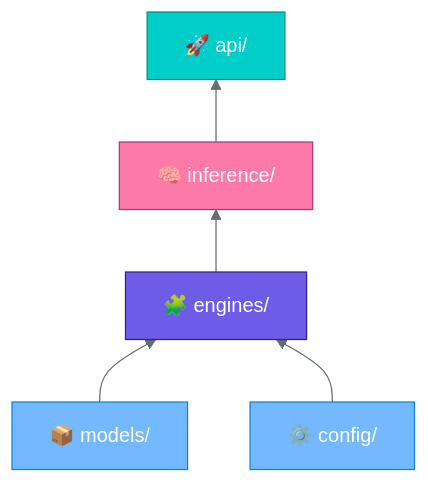
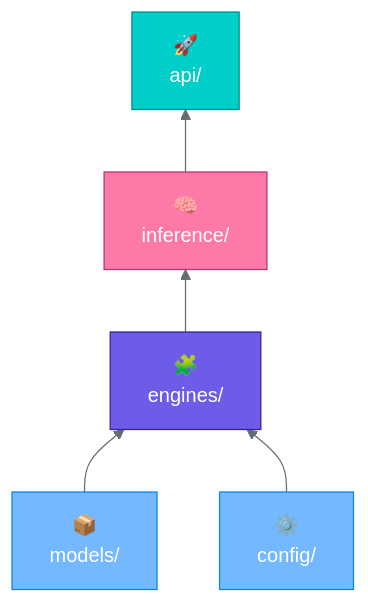
One commit to couder-04/NeuralAuth changed the tenth of 15 diagrams in README.md. Above: the diagram before and after it, drawn with Mermaid. The commit also changed other lines of this file, not shown here.

````diff
--- a/README.md
+++ b/README.md
@@ -477,20 +477,20 @@
 ```mermaid
 %%{init: {'theme':'base', 'themeVariables': {'primaryColor':'#00b894','primaryTextColor':'#fff','primaryBorderColor':'#00694c','lineColor':'#636e72'}}}%%
 flowchart BT
-    Models["📦 models/"]
-    Config["⚙️ config/"]
-    Engines["🧩 engines/"]
-    Inference["🧠 inference/"]
-    Api["🚀 api/"]
+    Models["📦<br/>models/"]
+    Config["⚙️<br/>config/"]
+    Engines["🧩<br/>engines/"]
+    Inference["🧠<br/>inference/"]
+    Api["🚀<br/>api/"]
 
     Models --> Engines
     Config --> Engines
     Engines --> Inference
     Inference --> Api
 
     style Models fill:#74b9ff,stroke:#0984e3,color:#fff
     style Config fill:#74b9ff,stroke:#0984e3,color:#fff
     style Engines fill:#6c5ce7,stroke:#341f97,color:#fff
     style Inference fill:#fd79a8,stroke:#b53471,color:#fff
     style Api fill:#00cec9,stroke:#008b87,color:#fff
 ```
````
